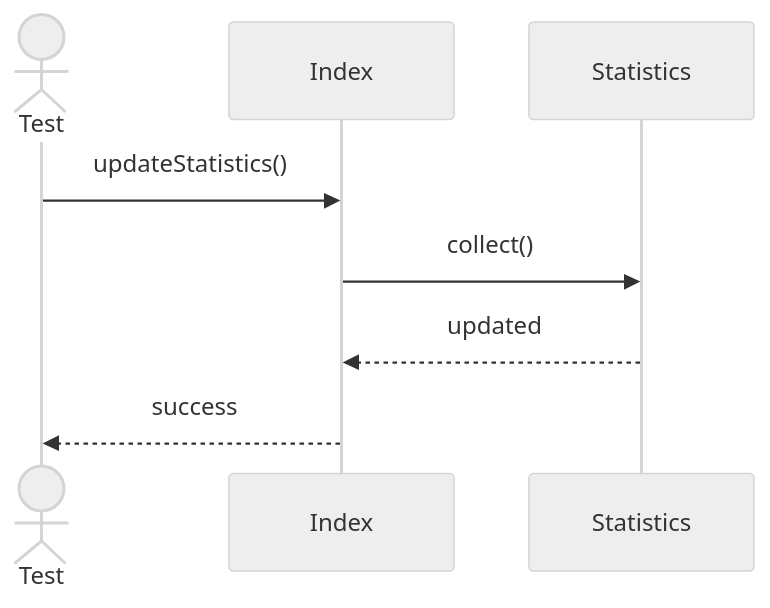
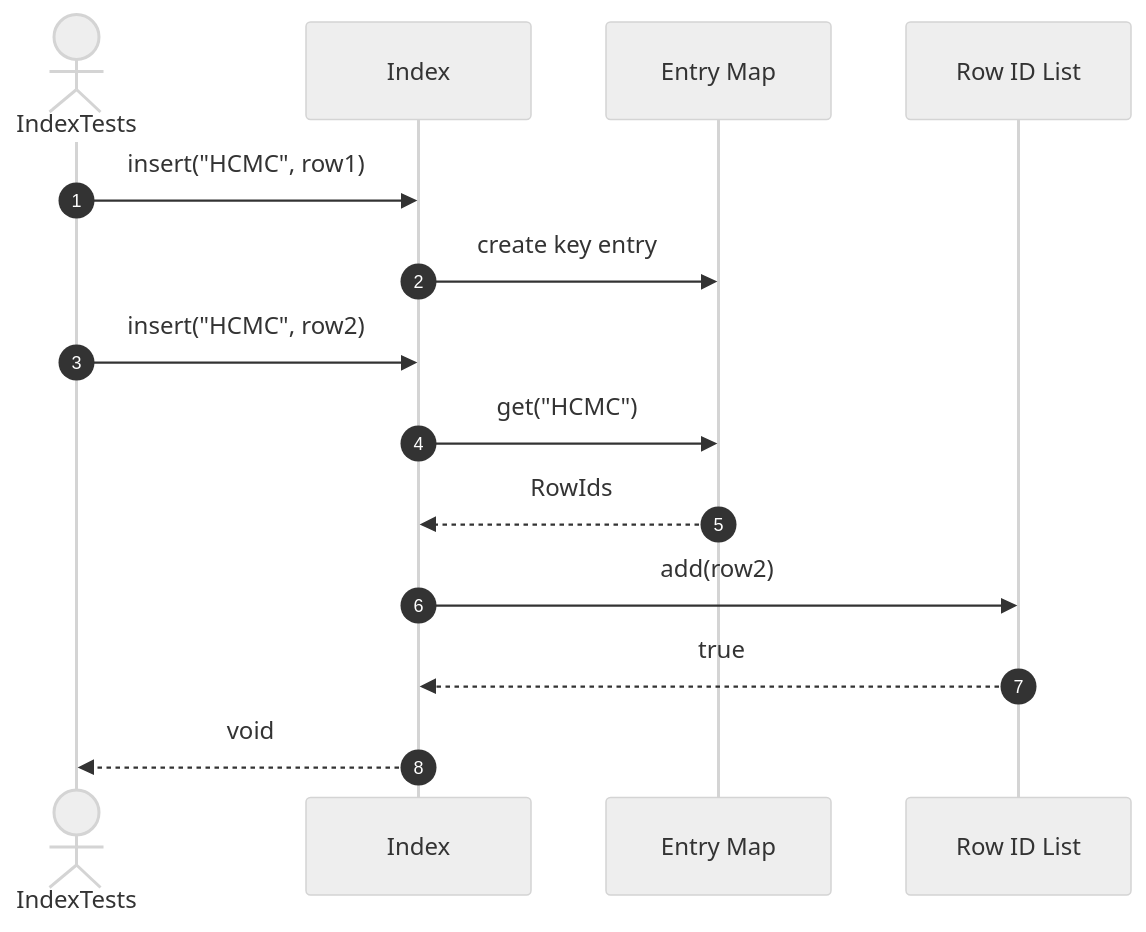
Before and after one commit to FhuAnn/-bbv-AN-s-DBMS: the sixth of 15 diagrams in src/tests/unit/metadata/sequences/indexs-testing.se.md, drawn with Mermaid (neutral theme). The commit also changed other lines of this file and 60 other files, not shown here.

Commit message:
refactor data table, row, column, constraint, index test file

````diff
--- a/src/tests/unit/metadata/sequences/indexs-testing.se.md
+++ b/src/tests/unit/metadata/sequences/indexs-testing.se.md
@@ -182,14 +90,18 @@
 ```mermaid
 sequenceDiagram
-actor Test
-participant Index
-participant Statistics
+    autonumber
+    actor Test as IndexTests
+    participant Index as Index
+    participant Entries as Entry Map
+    participant RowIds as Row ID List
 
-Test->>Index: updateStatistics()
+    Test->>Index: insert("HCMC", row1)
+    Index->>Entries: create key entry
 
-Index->>Statistics: collect()
-
-Statistics-->>Index: updated
-
-Index-->>Test: success
+    Test->>Index: insert("HCMC", row2)
+    Index->>Entries: get("HCMC")
+    Entries-->>Index: RowIds
+    Index->>RowIds: add(row2)
+    RowIds-->>Index: true
+    Index-->>Test: void
 ```
````
